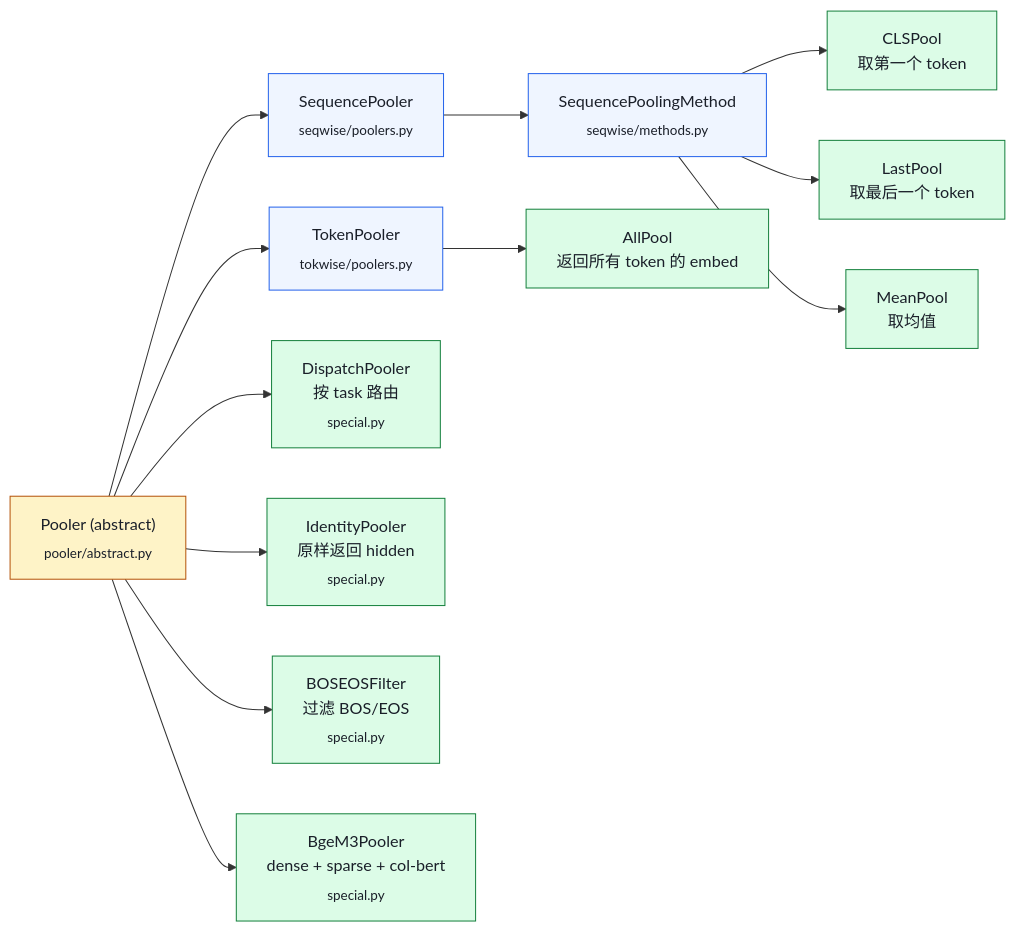
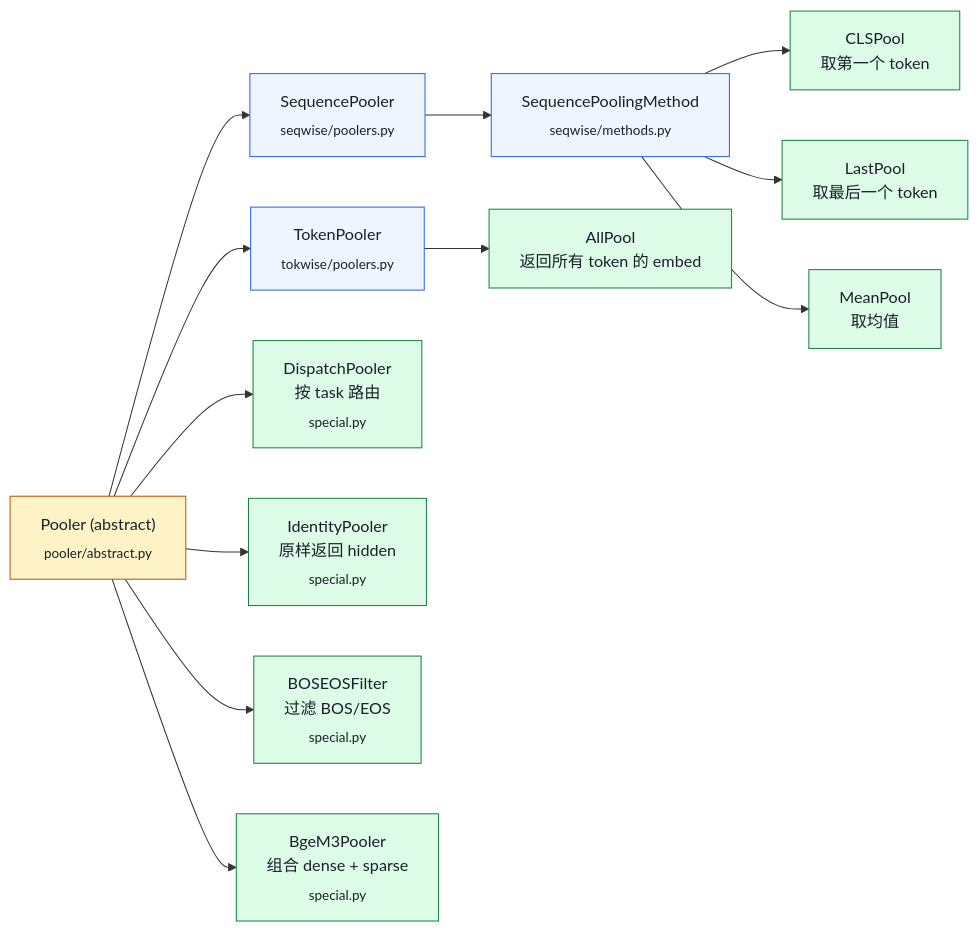
One commit to jwzheng96/vllm-learning-book changed the second of 3 diagrams in 09-advanced-features/05-embedding-and-pooling.md. Above: the diagram before and after it, drawn with Mermaid. The commit also changed other lines of this file and 5 other files, not shown here.

````diff
--- a/09-advanced-features/05-embedding-and-pooling.md
+++ b/09-advanced-features/05-embedding-and-pooling.md
@@ -66,32 +70,32 @@
 ```mermaid
 flowchart LR
     Root["Pooler (abstract)<br/><sub>pooler/abstract.py</sub>"]
     SP["SequencePooler<br/><sub>seqwise/poolers.py</sub>"]
     SPM["SequencePoolingMethod<br/><sub>seqwise/methods.py</sub>"]
     CLS["CLSPool<br/>取第一个 token"]
     Last["LastPool<br/>取最后一个 token"]
     Mean["MeanPool<br/>取均值"]
     TP["TokenPooler<br/><sub>tokwise/poolers.py</sub>"]
     All["AllPool<br/>返回所有 token 的 embed"]
     Disp["DispatchPooler<br/>按 task 路由<br/><sub>special.py</sub>"]
     ID["IdentityPooler<br/>原样返回 hidden<br/><sub>special.py</sub>"]
     Filter["BOSEOSFilter<br/>过滤 BOS/EOS<br/><sub>special.py</sub>"]
-    Bge["BgeM3Pooler<br/>dense + sparse + col-bert<br/><sub>special.py</sub>"]
+    Bge["BgeM3Pooler<br/>组合 dense + sparse<br/><sub>special.py</sub>"]
 
     Root --> SP --> SPM
     SPM --> CLS
     SPM --> Last
     SPM --> Mean
     Root --> TP --> All
     Root --> Disp
     Root --> ID
     Root --> Filter
     Root --> Bge
 
     classDef base   fill:#fef3c7,stroke:#b45309,color:#1a1f29;
     classDef branch fill:#eff5ff,stroke:#2563eb,color:#1a1f29;
     classDef leaf   fill:#dcfce7,stroke:#15803d,color:#1a1f29;
     class Root base;
     class SP,SPM,TP branch;
     class CLS,Last,Mean,All,Disp,ID,Filter,Bge leaf;
 ```
````
